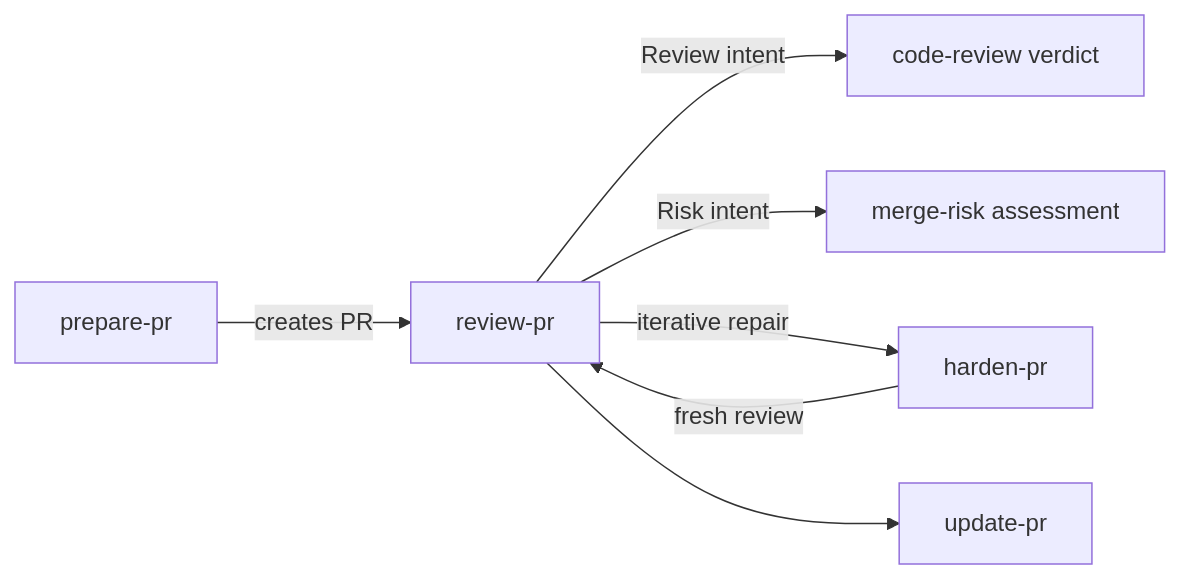
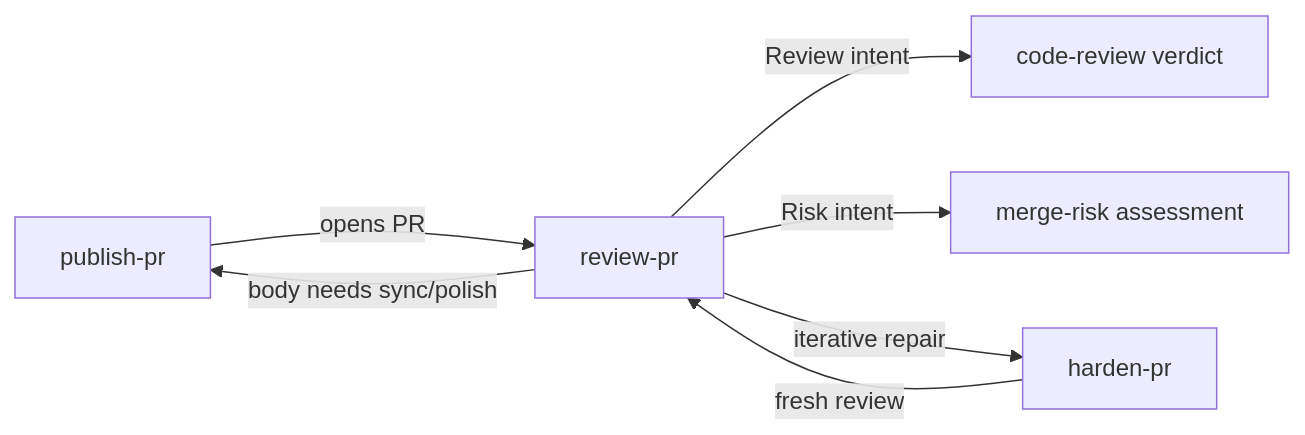
The third of 3 diagrams in README.md (pnewsam/skills), drawn with Mermaid before and after one commit. The commit also changed other lines of this file and 23 other files, not shown here.

First line of the commit message:
refactor(registry): UOW-lifecycle taxonomy + merge prepare-pr/update-pr into publish-pr

````diff
--- a/README.md
+++ b/README.md
@@ -149,9 +154,9 @@
 ```mermaid
 flowchart LR
-    PP[prepare-pr] -->|creates PR| RP[review-pr]
+    PUB[publish-pr] -->|opens PR| RP[review-pr]
     RP -->|Review intent| CR[code-review verdict]
     RP -->|Risk intent| RA[merge-risk assessment]
     RP -->|iterative repair| HP[harden-pr]
     HP -->|fresh review| RP
-    RP --> UP[update-pr]
+    RP -->|body needs sync/polish| PUB
 ```
````
